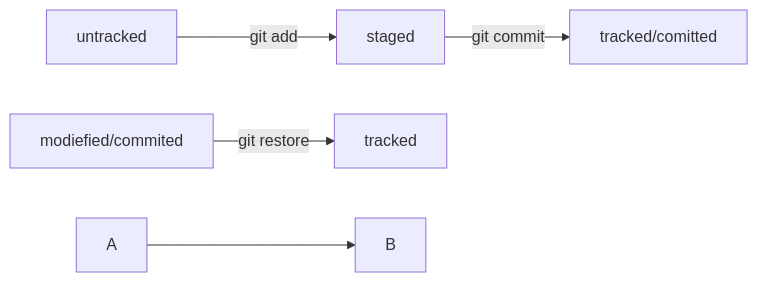
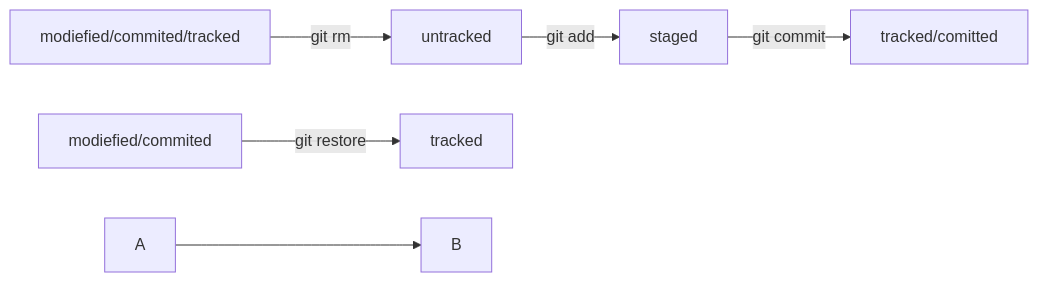
One commit to keifrjd/second-project changed the diagram in README.md. Above: the diagram before and after it, drawn with Mermaid.

Commit message:
Дополнить шпаргалку информацией о состояниях файлов + 1ветка

````diff
--- a/README.md
+++ b/README.md
@@ -22,9 +22,10 @@
 ```mermaid
 graph LR;
   untracked -- "git add" --> staged;
   staged    -- "git commit" --> tracked/comitted;
   modiefied/commited    -- "git restore" --> tracked;
+  modiefied/commited/tracked    -- "git rm" --> untracked;
 
 %% стрелка без текста для примера: 
   A --> B;
 ``` 
````
